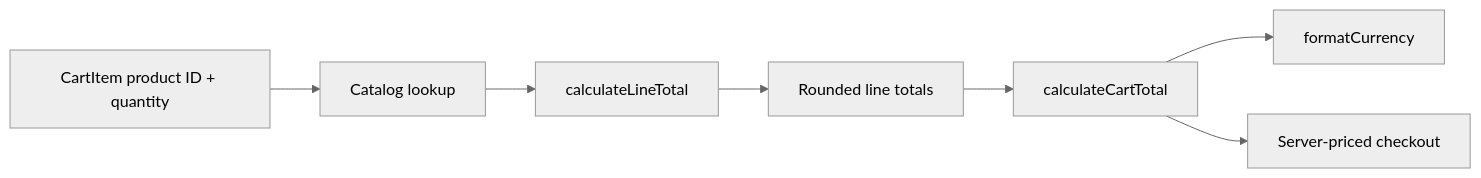
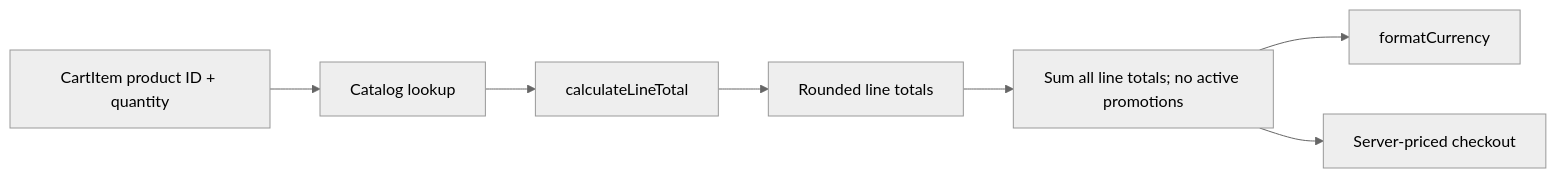
One commit to FactoryDemo/demo-storefront-practice changed the diagram in droid-wiki/features/cart-pricing.md. Above: the diagram before and after it, drawn with Mermaid (neutral theme). The commit also changed other lines of this file and 17 other files, not shown here.

````diff
--- a/droid-wiki/features/cart-pricing.md
+++ b/droid-wiki/features/cart-pricing.md
@@ -22,9 +22,9 @@
 ```mermaid
 graph LR
   Items["CartItem product ID + quantity"] --> Lookup["Catalog lookup"]
   Lookup --> Line["calculateLineTotal"]
   Line --> Rounded["Rounded line totals"]
-  Rounded --> Sum["calculateCartTotal"]
-  Sum --> Display["formatCurrency"]
-  Sum --> Server["Server-priced checkout"]
+  Rounded --> Total["Sum all line totals; no active promotions"]
+  Total --> Display["formatCurrency"]
+  Total --> Server["Server-priced checkout"]
 ```
````
